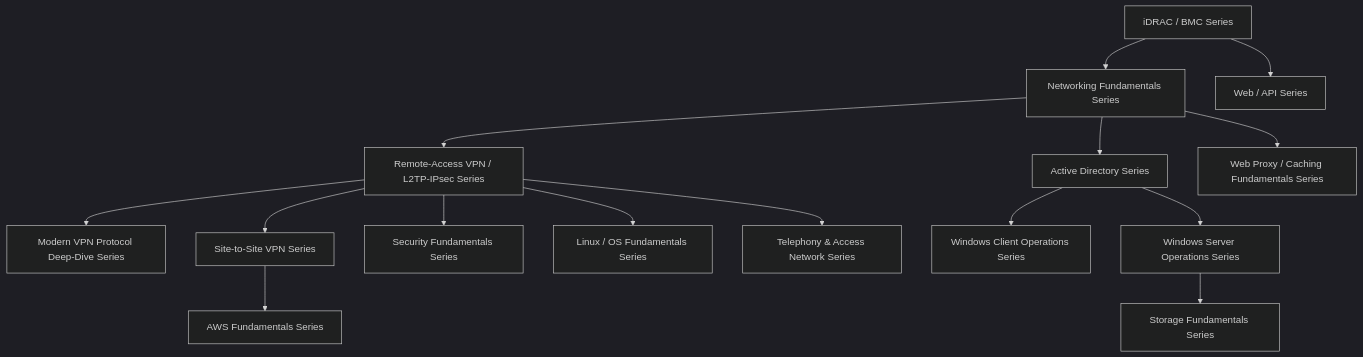
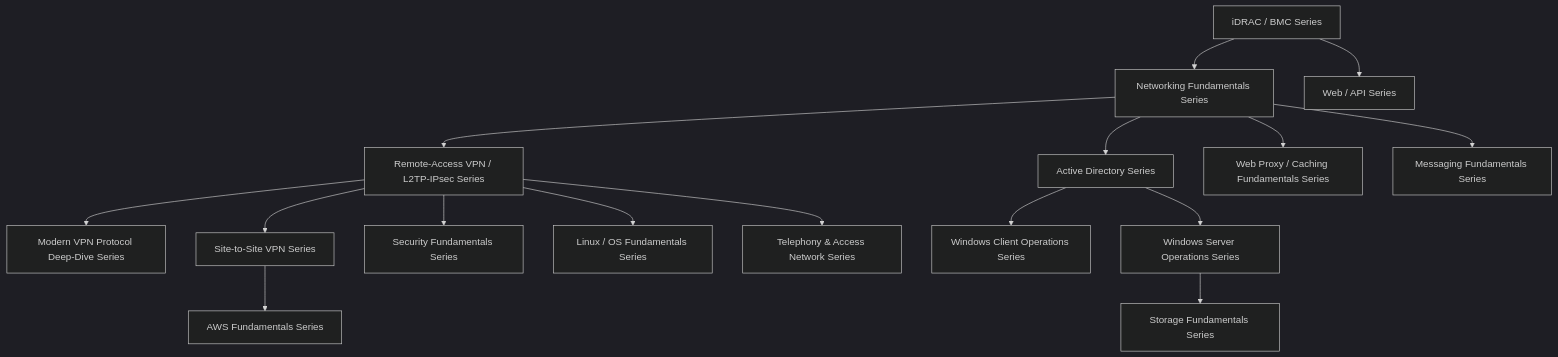
Before and after one commit to koikoi1998/koikoi-blog-20260723: the diagram in src/pages/en/sitemap.md, drawn with Mermaid (dark theme). The commit also changed other lines of this file and 7 other files, not shown here.

````diff
--- a/src/pages/en/sitemap.md
+++ b/src/pages/en/sitemap.md
@@ -22,33 +22,35 @@
 ```mermaid
 graph TB
     Idrac["iDRAC / BMC Series"]
     Network["Networking Fundamentals Series"]
     Vpn["Remote-Access VPN / L2TP-IPsec Series"]
     ModernVpn["Modern VPN Protocol Deep-Dive Series"]
     SiteToSite["Site-to-Site VPN Series"]
     Security["Security Fundamentals Series"]
     Linux["Linux / OS Fundamentals Series"]
     Telephony["Telephony & Access Network Series"]
     Api["Web / API Series"]
     ActiveDirectory["Active Directory Series"]
     WindowsClient["Windows Client Operations Series"]
     WindowsServer["Windows Server Operations Series"]
     Storage["Storage Fundamentals Series"]
     WebProxy["Web Proxy / Caching Fundamentals Series"]
     AwsBasics["AWS Fundamentals Series"]
+    Messaging["Messaging Fundamentals Series"]
 
     Idrac --> Network
     Idrac --> Api
     Network --> Vpn
     Vpn --> ModernVpn
     Vpn --> SiteToSite
     Vpn --> Security
     Vpn --> Linux
     Vpn --> Telephony
     Network --> ActiveDirectory
     ActiveDirectory --> WindowsClient
     ActiveDirectory --> WindowsServer
     WindowsServer --> Storage
     Network --> WebProxy
     SiteToSite --> AwsBasics
+    Network --> Messaging
 ```
````
